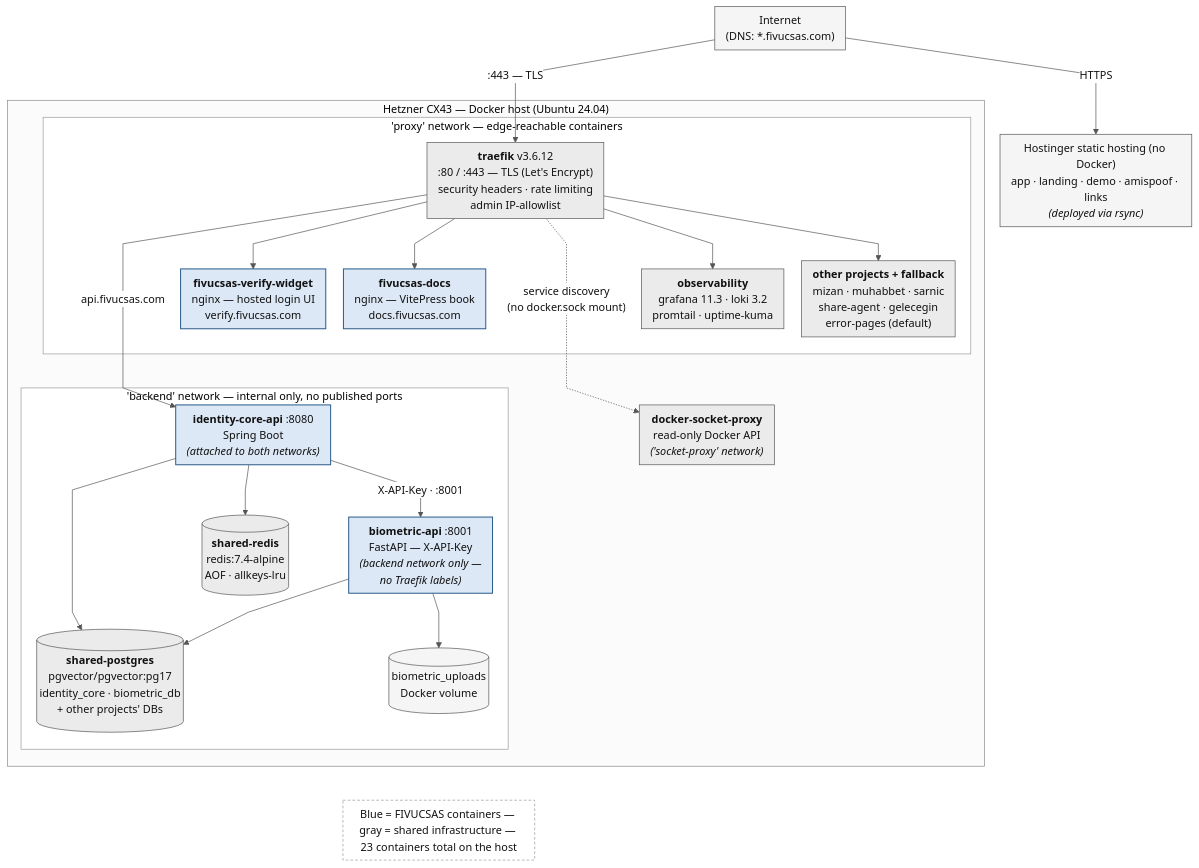
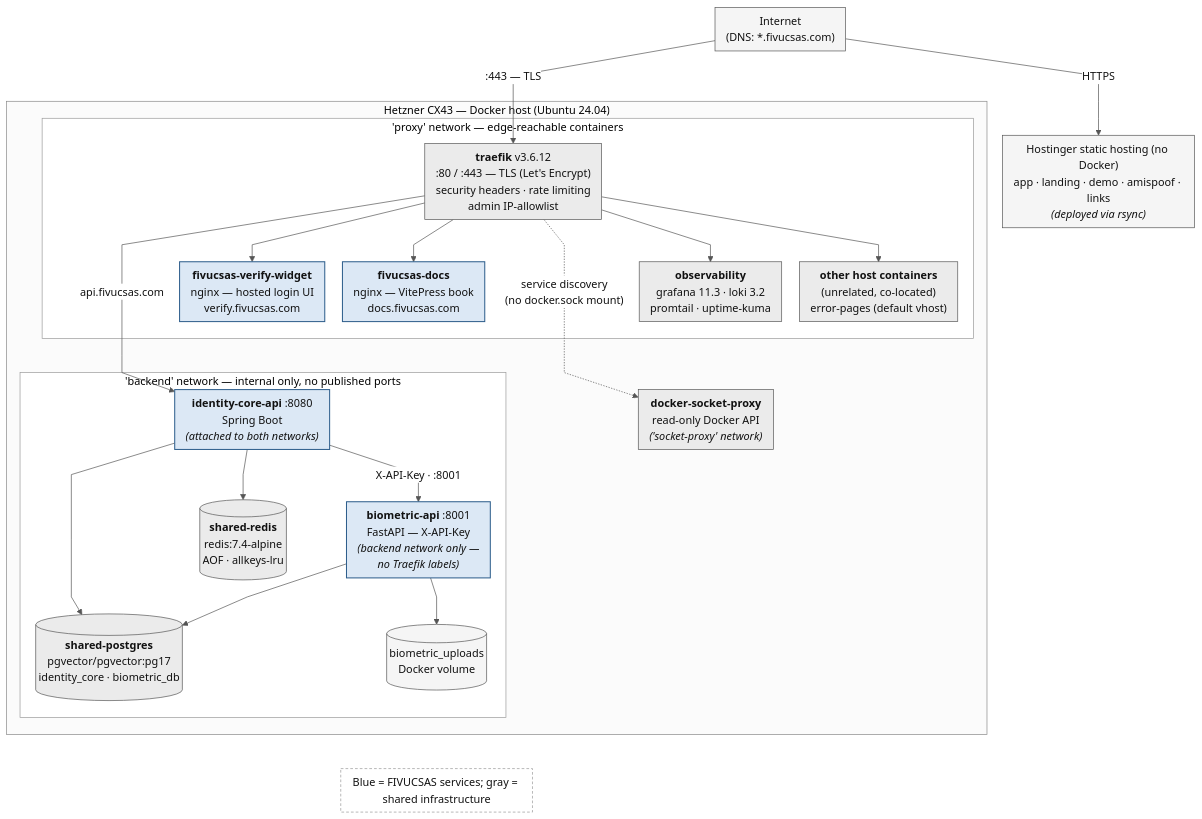
Before and after one commit to Rollingcat-Software/FIVUCSAS: the diagram in Thesis/build/figures/src/docker_deploy.mmd, drawn with Mermaid. The commit also changed 8 other files, not shown here.

```diff
--- a/Thesis/build/figures/src/docker_deploy.mmd
+++ b/Thesis/build/figures/src/docker_deploy.mmd
@@ -1,78 +1,78 @@
 %%{init: {
   "theme": "base",
   "themeVariables": {
     "fontFamily": "Arial, Helvetica, sans-serif",
     "fontSize": "16px",
     "primaryColor": "#f5f5f5",
     "primaryBorderColor": "#555555",
     "primaryTextColor": "#111111",
     "lineColor": "#555555",
     "clusterBkg": "#ffffff",
     "clusterBorder": "#999999",
     "edgeLabelBackground": "#ffffff",
     "tertiaryColor": "#ffffff"
   },
   "flowchart": { "curve": "linear", "nodeSpacing": 26, "rankSpacing": 50, "htmlLabels": true, "padding": 8, "wrappingWidth": 250 }
 }}%%
 flowchart TB
     NET["Internet<br/>(DNS: *.fivucsas.com)"]
 
     HOSTINGER["Hostinger static hosting (no Docker)<br/>app · landing · demo · amispoof · links<br/><i>(deployed via rsync)</i>"]
 
     subgraph HOST["Hetzner CX43 — Docker host (Ubuntu 24.04)"]
         subgraph PROXY["'proxy' network — edge-reachable containers"]
             TRAEFIK["<b>traefik</b> v3.6.12<br/>:80 / :443 — TLS (Let's Encrypt)<br/>security headers · rate limiting<br/>admin IP-allowlist"]
             VW["<b>fivucsas-verify-widget</b><br/>nginx — hosted login UI<br/>verify.fivucsas.com"]
             DOCS["<b>fivucsas-docs</b><br/>nginx — VitePress book<br/>docs.fivucsas.com"]
             OBSB["<b>observability</b><br/>grafana 11.3 · loki 3.2<br/>promtail · uptime-kuma"]
-            OTHERF["<b>other projects + fallback</b><br/>mizan · muhabbet · sarnic<br/>share-agent · gelecegin<br/>error-pages (default)"]
+            OTHERF["<b>other host containers</b><br/>(unrelated, co-located)<br/>error-pages (default vhost)"]
         end
 
         subgraph BACKEND["'backend' network — internal only, no published ports"]
             API["<b>identity-core-api</b> :8080<br/>Spring Boot<br/><i>(attached to both networks)</i>"]
             BIO["<b>biometric-api</b> :8001<br/>FastAPI — X-API-Key<br/><i>(backend network only —<br/>no Traefik labels)</i>"]
-            SPG[("<b>shared-postgres</b><br/>pgvector/pgvector:pg17<br/>identity_core · biometric_db<br/>+ other projects' DBs")]
+            SPG[("<b>shared-postgres</b><br/>pgvector/pgvector:pg17<br/>identity_core · biometric_db")]
             SRD[("<b>shared-redis</b><br/>redis:7.4-alpine<br/>AOF · allkeys-lru")]
             VOLUP[("biometric_uploads<br/>Docker volume")]
         end
 
         SOCK["<b>docker-socket-proxy</b><br/>read-only Docker API<br/><i>('socket-proxy' network)</i>"]
     end
 
     NET -->|"HTTPS"| HOSTINGER
     NET -->|":443 — TLS"| TRAEFIK
 
     TRAEFIK --> VW
     TRAEFIK --> DOCS
     TRAEFIK --> OBSB
     TRAEFIK --> OTHERF
     TRAEFIK -->|"api.fivucsas.com"| API
     TRAEFIK -.->|"service discovery<br/>(no docker.sock mount)"| SOCK
 
     API -->|"X-API-Key · :8001"| BIO
     API --> SPG
     API --> SRD
     BIO --> SPG
     BIO --> VOLUP
 
     VW ~~~ API
     DOCS ~~~ API
     OBSB ~~~ SOCK
     OTHERF ~~~ SOCK
 
-    LEGEND["Blue = FIVUCSAS containers — gray = shared infrastructure — 23 containers total on the host"]
+    LEGEND["Blue = FIVUCSAS services; gray = shared infrastructure"]
     VOLUP ~~~ LEGEND
 
     classDef fivucsas fill:#dce8f5,stroke:#2e5e8c,stroke-width:1.5px;
     classDef shared fill:#ebebeb,stroke:#555555,stroke-width:1px;
     classDef ext fill:#f5f5f5,stroke:#555555,stroke-width:1px;
     classDef legend fill:#ffffff,stroke:#999999,stroke-width:1px,stroke-dasharray:4 3;
 
     class VW,DOCS,API,BIO fivucsas;
     class TRAEFIK,OBSB,SPG,SRD,SOCK,OTHERF shared;
     class NET,HOSTINGER,VOLUP ext;
     class LEGEND legend;
 
     style HOST fill:#fbfbfb,stroke:#888888
     style PROXY fill:#ffffff,stroke:#999999
     style BACKEND fill:#ffffff,stroke:#999999
```
